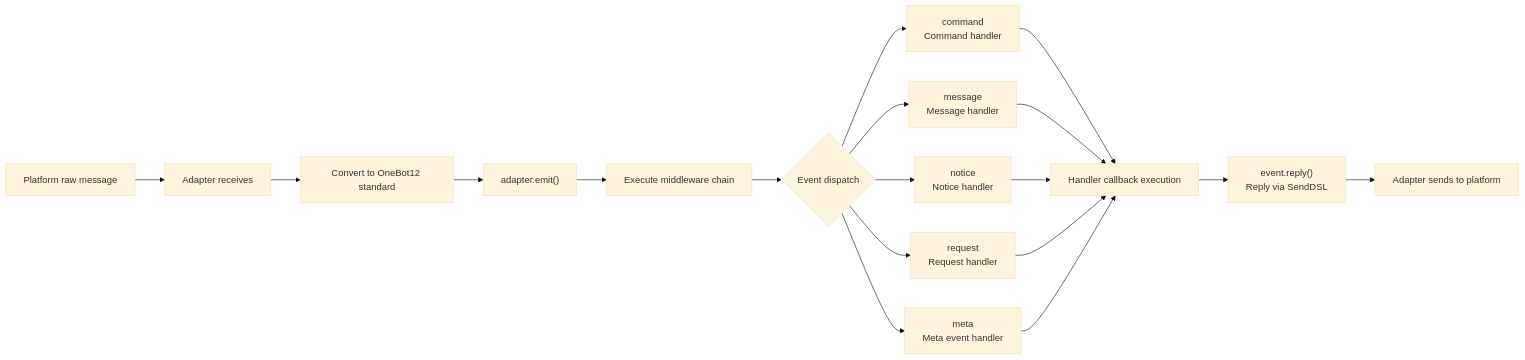
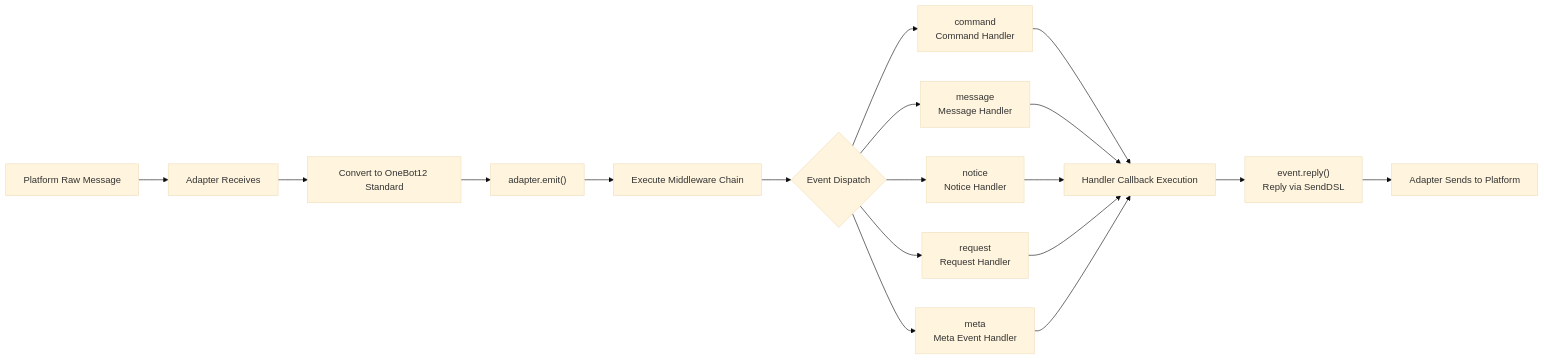
One commit to ErisPulse/ErisPulse changed the third of 9 diagrams in docs/en/architecture.md. Above: the diagram before and after it, drawn with Mermaid (base theme). The commit also changed other lines of this file and 143 other files, not shown here.

````diff
--- a/docs/en/architecture.md
+++ b/docs/en/architecture.md
@@ -92,16 +92,16 @@
 ```mermaid
 flowchart LR
-    A["Platform raw message"] --> B["Adapter receives"]
-    B --> C["Convert to OneBot12 standard"]
+    A["Platform Raw Message"] --> B["Adapter Receives"]
+    B --> C["Convert to OneBot12 Standard"]
     C --> D["adapter.emit()"]
-    D --> E["Execute middleware chain"]
-    E --> F{"Event dispatch"}
-    F --> G1["command<br/>Command handler"]
-    F --> G2["message<br/>Message handler"]
-    F --> G3["notice<br/>Notice handler"]
-    F --> G4["request<br/>Request handler"]
-    F --> G5["meta<br/>Meta event handler"]
-    G1 & G2 & G3 & G4 & G5 --> H["Handler callback execution"]
+    D --> E["Execute Middleware Chain"]
+    E --> F{"Event Dispatch"}
+    F --> G1["command<br/>Command Handler"]
+    F --> G2["message<br/>Message Handler"]
+    F --> G3["notice<br/>Notice Handler"]
+    F --> G4["request<br/>Request Handler"]
+    F --> G5["meta<br/>Meta Event Handler"]
+    G1 & G2 & G3 & G4 & G5 --> H["Handler Callback Execution"]
     H --> I["event.reply()<br/>Reply via SendDSL"]
-    I --> J["Adapter sends to platform"]
+    I --> J["Adapter Sends to Platform"]
 ```
````
